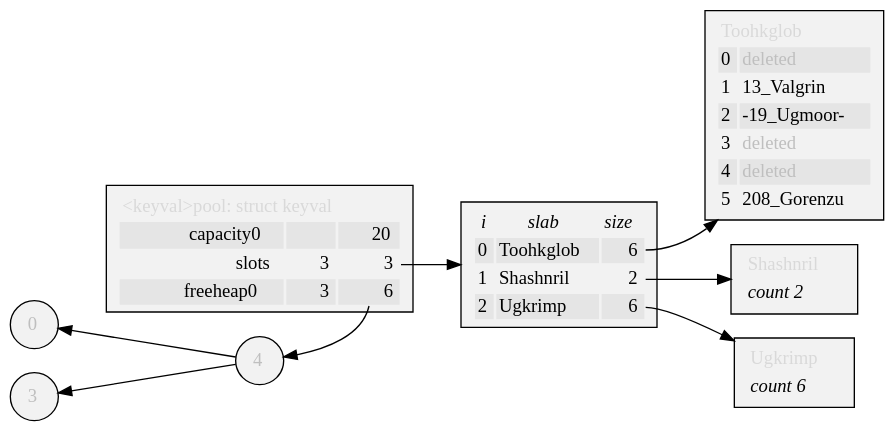
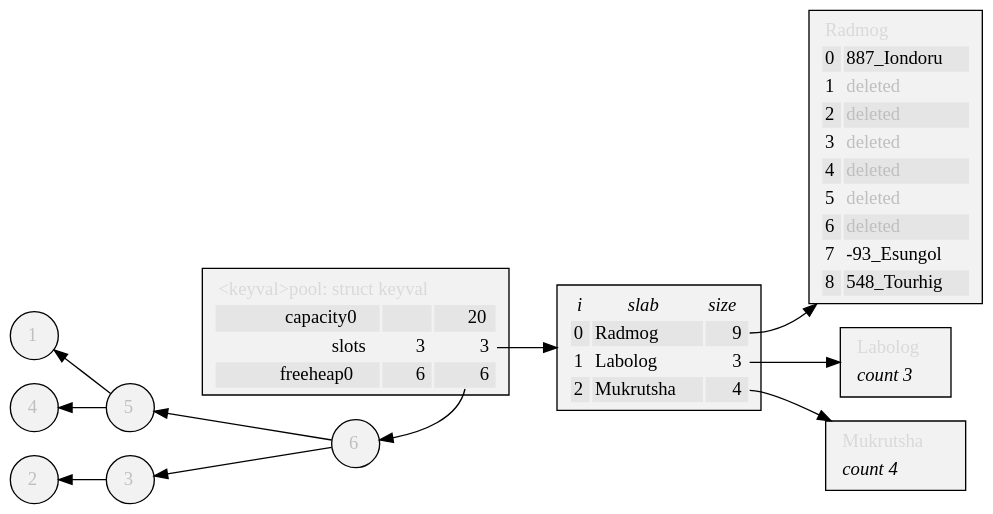
The diagram in doc/kvpool.gv (neil-edelman/boxes), drawn with Graphviz before and after one commit. The commit also changed 3 other files, not shown here.

```diff
--- a/doc/kvpool.gv
+++ b/doc/kvpool.gv
@@ -1,96 +1,114 @@
 digraph {
 	graph [rankdir=LR, truecolor=true, bgcolor=transparent, fontface=modern];
 	node [shape=box, style=filled, fillcolor="Gray95"];
-	free0_0 [label=<<FONT COLOR="Gray75">4</FONT>>, shape=circle];
-	free0_1 [label=<<FONT COLOR="Gray75">0</FONT>>, shape=circle];
+	free0_0 [label=<<FONT COLOR="Gray75">6</FONT>>, shape=circle];
+	free0_1 [label=<<FONT COLOR="Gray75">5</FONT>>, shape=circle];
 	free0_1 -> free0_0 [dir=back];
 	free0_2 [label=<<FONT COLOR="Gray75">3</FONT>>, shape=circle];
 	free0_2 -> free0_0 [dir=back];
+	free0_3 [label=<<FONT COLOR="Gray75">1</FONT>>, shape=circle];
+	free0_3 -> free0_1 [dir=back];
+	free0_4 [label=<<FONT COLOR="Gray75">4</FONT>>, shape=circle];
+	free0_4 -> free0_1 [dir=back];
+	free0_5 [label=<<FONT COLOR="Gray75">2</FONT>>, shape=circle];
+	free0_5 -> free0_2 [dir=back];
 	{rank=same; pool; free0_0; }
 	pool:free -> free0_0;
 	pool [label=<
 <TABLE BORDER="0">
 	<TR><TD COLSPAN="3" ALIGN="LEFT"><FONT COLOR="Gray85">&lt;keyval&gt;pool: struct keyval</FONT></TD></TR>
 	<TR>
 		<TD BORDER="0" ALIGN="RIGHT" BGCOLOR="Gray90">capacity0</TD>
 		<TD BORDER="0" BGCOLOR="Gray90">&#8205;</TD>
 		<TD BORDER="0" ALIGN="RIGHT" BGCOLOR="Gray90">20</TD>
 	</TR>
 	<TR>
 		<TD BORDER="0" ALIGN="RIGHT">slots</TD>
 		<TD BORDER="0" ALIGN="RIGHT">3</TD>
 		<TD PORT="slots" BORDER="0" ALIGN="RIGHT">3</TD>
 	</TR>
 	<TR>
 		<TD BORDER="0" ALIGN="RIGHT" BGCOLOR="Gray90">freeheap0</TD>
-		<TD BORDER="0" ALIGN="RIGHT" BGCOLOR="Gray90">3</TD>
+		<TD BORDER="0" ALIGN="RIGHT" BGCOLOR="Gray90">6</TD>
 		<TD PORT="free" BORDER="0" ALIGN="RIGHT" BGCOLOR="Gray90">6</TD>
 	</TR>
 </TABLE>>];
 	pool:slots -> slots;
 	slots [label = <
 <TABLE BORDER="0">
 	<TR>
 		<TD BORDER="0"><FONT FACE="Times-Italic">i</FONT></TD>
 		<TD BORDER="0"><FONT FACE="Times-Italic">slab</FONT></TD>
 		<TD BORDER="0"><FONT FACE="Times-Italic">size</FONT></TD>
 	</TR>
 	<TR>
 		<TD ALIGN="RIGHT" BGCOLOR="Gray90">0</TD>
-		<TD ALIGN="LEFT" BGCOLOR="Gray90">Toohkglob</TD>
-		<TD PORT="0" ALIGN="RIGHT" BGCOLOR="Gray90">6</TD>
+		<TD ALIGN="LEFT" BGCOLOR="Gray90">Radmog</TD>
+		<TD PORT="0" ALIGN="RIGHT" BGCOLOR="Gray90">9</TD>
 	</TR>
 	<TR>
 		<TD ALIGN="RIGHT">1</TD>
-		<TD ALIGN="LEFT">Shashnril</TD>
-		<TD PORT="1" ALIGN="RIGHT">2</TD>
+		<TD ALIGN="LEFT">Labolog</TD>
+		<TD PORT="1" ALIGN="RIGHT">3</TD>
 	</TR>
 	<TR>
 		<TD ALIGN="RIGHT" BGCOLOR="Gray90">2</TD>
-		<TD ALIGN="LEFT" BGCOLOR="Gray90">Ugkrimp</TD>
-		<TD PORT="2" ALIGN="RIGHT" BGCOLOR="Gray90">6</TD>
+		<TD ALIGN="LEFT" BGCOLOR="Gray90">Mukrutsha</TD>
+		<TD PORT="2" ALIGN="RIGHT" BGCOLOR="Gray90">4</TD>
 	</TR>
 </TABLE>>];
 	slots:0 -> slab0;
 	slab0 [label=<
 <TABLE BORDER="0">
-	<TR><TD COLSPAN="2" ALIGN="LEFT"><FONT COLOR="Gray85">Toohkglob</FONT></TD></TR>
+	<TR><TD COLSPAN="2" ALIGN="LEFT"><FONT COLOR="Gray85">Radmog</FONT></TD></TR>
 	<TR>
 		<TD PORT="0" ALIGN="RIGHT" BGCOLOR="Gray90">0</TD>
-		<TD ALIGN="LEFT" BGCOLOR="Gray90"><FONT COLOR="Gray75">deleted</FONT></TD>
+		<TD ALIGN="LEFT" BGCOLOR="Gray90">887_Iondoru</TD>
 	</TR>
 	<TR>
 		<TD PORT="1" ALIGN="RIGHT">1</TD>
-		<TD ALIGN="LEFT">13_Valgrin</TD>
+		<TD ALIGN="LEFT"><FONT COLOR="Gray75">deleted</FONT></TD>
 	</TR>
 	<TR>
 		<TD PORT="2" ALIGN="RIGHT" BGCOLOR="Gray90">2</TD>
-		<TD ALIGN="LEFT" BGCOLOR="Gray90">-19_Ugmoor-</TD>
+		<TD ALIGN="LEFT" BGCOLOR="Gray90"><FONT COLOR="Gray75">deleted</FONT></TD>
 	</TR>
 	<TR>
 		<TD PORT="3" ALIGN="RIGHT">3</TD>
 		<TD ALIGN="LEFT"><FONT COLOR="Gray75">deleted</FONT></TD>
 	</TR>
 	<TR>
 		<TD PORT="4" ALIGN="RIGHT" BGCOLOR="Gray90">4</TD>
 		<TD ALIGN="LEFT" BGCOLOR="Gray90"><FONT COLOR="Gray75">deleted</FONT></TD>
 	</TR>
 	<TR>
 		<TD PORT="5" ALIGN="RIGHT">5</TD>
-		<TD ALIGN="LEFT">208_Gorenzu</TD>
+		<TD ALIGN="LEFT"><FONT COLOR="Gray75">deleted</FONT></TD>
+	</TR>
+	<TR>
+		<TD PORT="6" ALIGN="RIGHT" BGCOLOR="Gray90">6</TD>
+		<TD ALIGN="LEFT" BGCOLOR="Gray90"><FONT COLOR="Gray75">deleted</FONT></TD>
+	</TR>
+	<TR>
+		<TD PORT="7" ALIGN="RIGHT">7</TD>
+		<TD ALIGN="LEFT">-93_Esungol</TD>
+	</TR>
+	<TR>
+		<TD PORT="8" ALIGN="RIGHT" BGCOLOR="Gray90">8</TD>
+		<TD ALIGN="LEFT" BGCOLOR="Gray90">548_Tourhig</TD>
 	</TR>
 </TABLE>>];
 	slots:1 -> slab1;
 	slab1 [label=<
 <TABLE BORDER="0">
-	<TR><TD COLSPAN="2" ALIGN="LEFT"><FONT COLOR="Gray85">Shashnril</FONT></TD></TR>
-	<TR><TD COLSPAN="2" ALIGN="LEFT"><FONT FACE="Times-Italic">count 2</FONT></TD></TR>
+	<TR><TD COLSPAN="2" ALIGN="LEFT"><FONT COLOR="Gray85">Labolog</FONT></TD></TR>
+	<TR><TD COLSPAN="2" ALIGN="LEFT"><FONT FACE="Times-Italic">count 3</FONT></TD></TR>
 </TABLE>>];
 	slots:2 -> slab2;
 	slab2 [label=<
 <TABLE BORDER="0">
-	<TR><TD COLSPAN="2" ALIGN="LEFT"><FONT COLOR="Gray85">Ugkrimp</FONT></TD></TR>
-	<TR><TD COLSPAN="2" ALIGN="LEFT"><FONT FACE="Times-Italic">count 6</FONT></TD></TR>
+	<TR><TD COLSPAN="2" ALIGN="LEFT"><FONT COLOR="Gray85">Mukrutsha</FONT></TD></TR>
+	<TR><TD COLSPAN="2" ALIGN="LEFT"><FONT FACE="Times-Italic">count 4</FONT></TD></TR>
 </TABLE>>];
 	node [fillcolour=red];
 }
```
